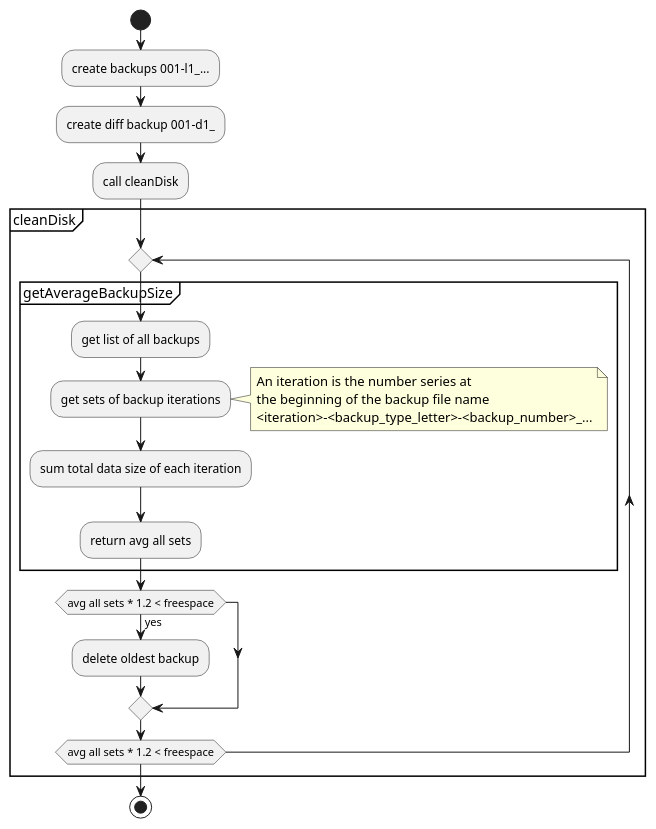
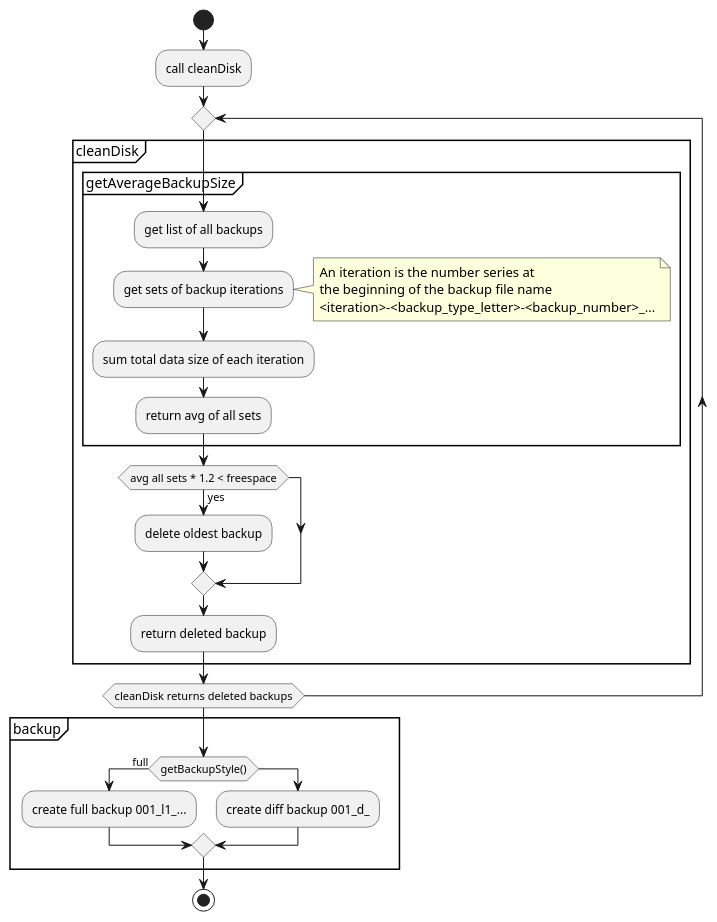
The diagram in cleanDisk.plantuml (Spitfire1900/ecryptfsbackup), drawn with PlantUML before and after one commit.

Commit message:
Complete cleanDisk plantuml logic

```diff
--- a/cleanDisk.plantuml
+++ b/cleanDisk.plantuml
@@ -1,28 +1,33 @@
 @startuml
 
 start
-:create backups 001-l1_...;
-:create diff backup 001-d1_;
 :call cleanDisk;
-partition cleanDisk {
-
-  repeat
-    partition getAverageBackupSize {
-      :get list of all backups;
-      :get sets of backup iterations;
-      note right
-        An iteration is the number series at
-        the beginning of the backup file name
-        <iteration>-<backup_type_letter>-<backup_number>_...
-      end note
-      :sum total data size of each iteration;
-      :return avg all sets;
-    }
-    if (avg all sets * 1.2 < freespace) then (yes)
-      :delete oldest backup;
-    endif
-  repeat while (avg all sets * 1.2 < freespace)
+repeat
+  partition cleanDisk {
+      partition getAverageBackupSize {
+        :get list of all backups;
+        :get sets of backup iterations;
+        note right
+          An iteration is the number series at
+          the beginning of the backup file name
+          <iteration>-<backup_type_letter>-<backup_number>_...
+        end note
+        :sum total data size of each iteration;
+        :return avg of all sets;
+      }
+      if (avg all sets * 1.2 < freespace) then (yes)
+        :delete oldest backup;
+      endif
+    :return deleted backup;
+  }
+repeat while (cleanDisk returns deleted backups)
+partition backup {
+  if (getBackupStyle()) then (full)
+  :create full backup 001_l1_...;
+  else
+  :create diff backup 001_d_;
+  endif
 }
 stop
 
 @enduml
```
